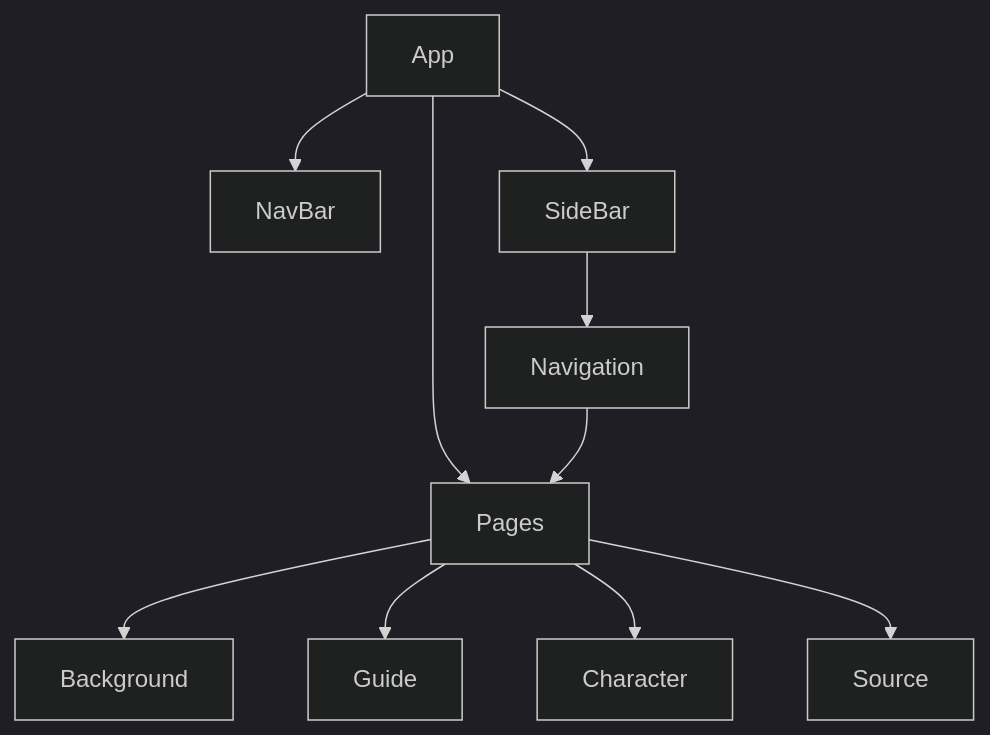
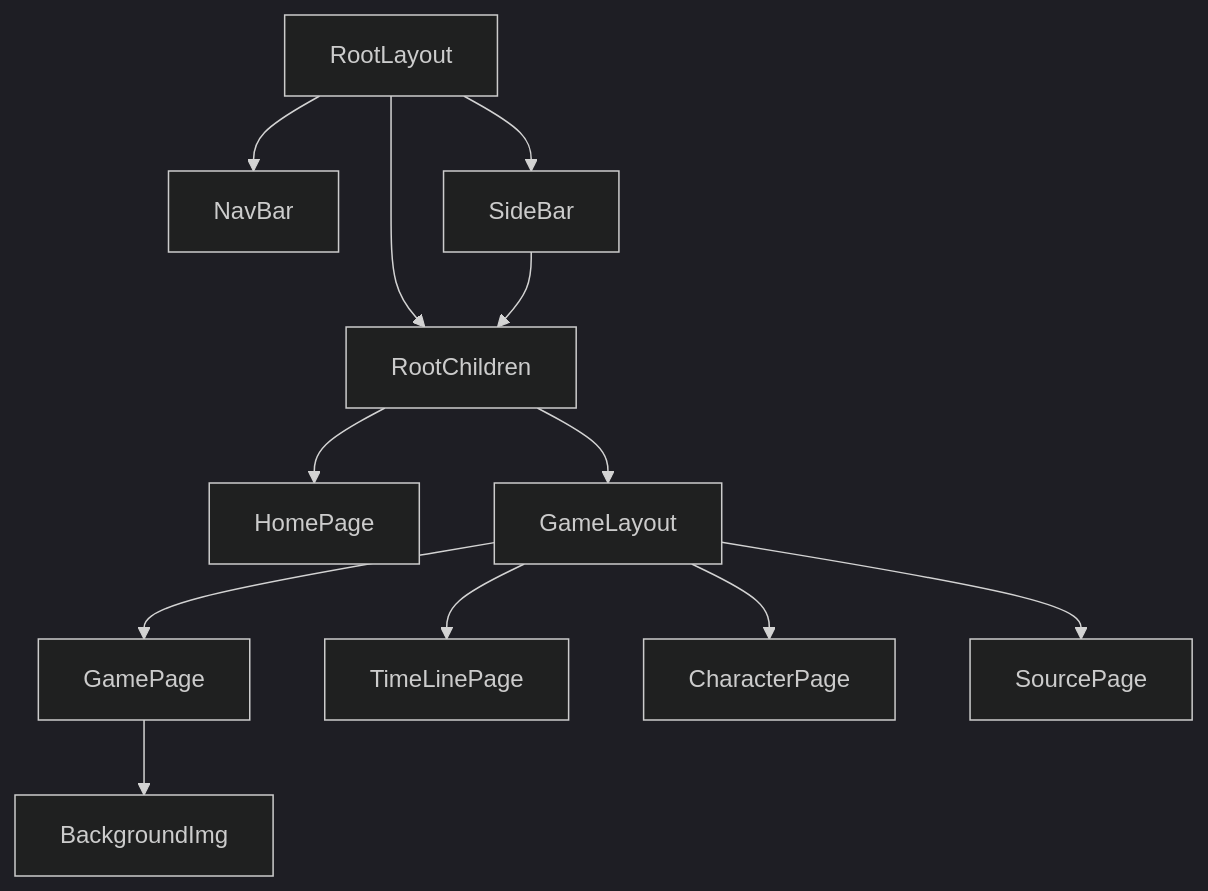
One commit to TheNefelin/game-guides-nextjs changed the diagram in README.md. Above: the diagram before and after it, drawn with Mermaid (dark theme). The commit also changed other lines of this file and 2 other files, not shown here.

````diff
--- a/README.md
+++ b/README.md
@@ -4,15 +4,18 @@
 ```mermaid
 graph TD;
-    App --> NavBar
-    App --> SideBar
-    App --> Pages
+    RootLayout --> NavBar
+    RootLayout --> SideBar
+    RootLayout --> RootChildren
 
-    SideBar --> Navigation
-    Navigation --> Pages
+    RootChildren --> HomePage
+    SideBar --> RootChildren
 
-    Pages --> Background    
-    Pages --> Guide
-    Pages --> Character
-    Pages --> Source    
+    RootChildren --> GameLayout
+    GameLayout --> GamePage
+    GameLayout --> TimeLinePage
+    GameLayout --> CharacterPage        
+    GameLayout --> SourcePage
+    
+    GamePage --> BackgroundImg
     ;
 ```
````
